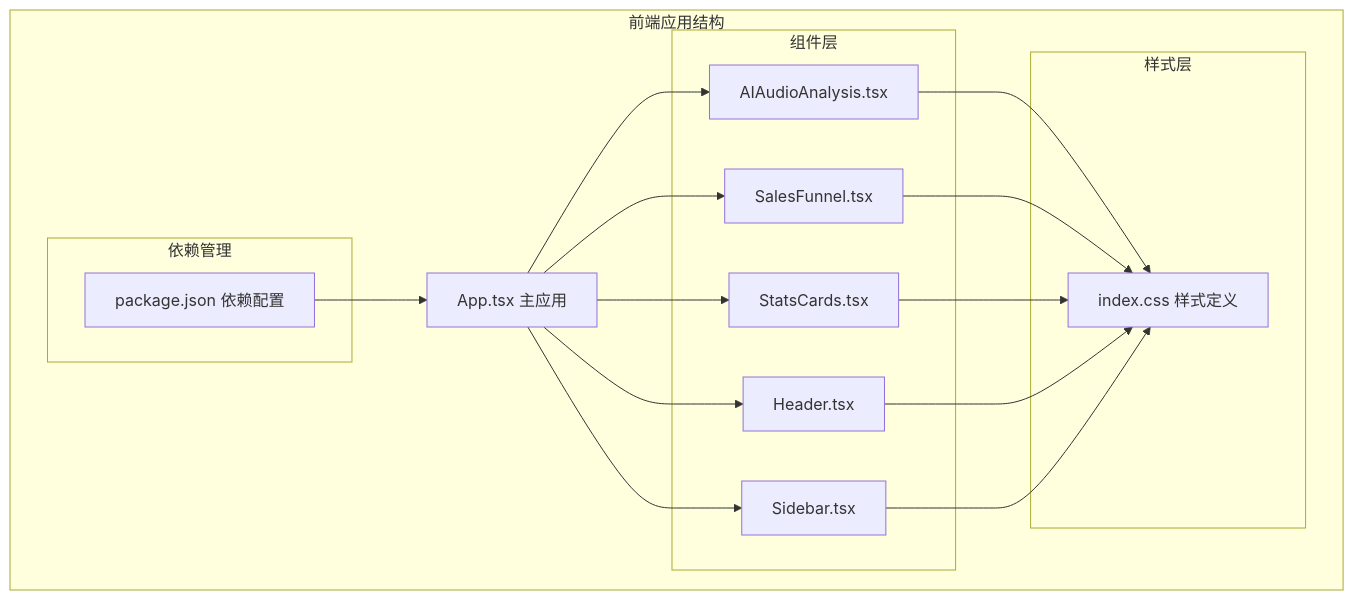
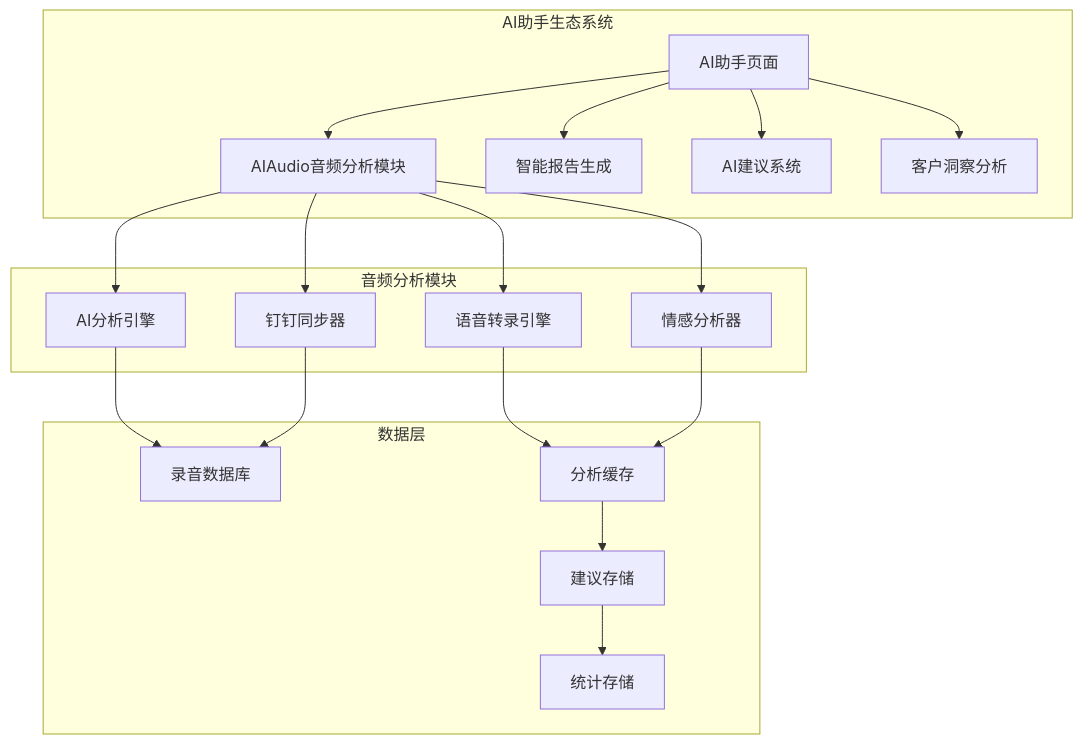
One commit to xianjianshenqu/SalesFlow-CRM changed the first of 10 diagrams in .qoder/repowiki/zh/content/核心组件/AI音频分析组件 (AIAudioAnalysis).md. Above: the diagram before and after it, drawn with Mermaid. The commit also changed other lines of this file and 36 other files, not shown here.

````diff
--- a/.qoder/repowiki/zh/content/核心组件/AI音频分析组件 (AIAudioAnalysis).md
+++ b/.qoder/repowiki/zh/content/核心组件/AI音频分析组件 (AIAudioAnalysis).md
@@ -41,30 +56,36 @@
 ```mermaid
 graph TB
-subgraph "前端应用结构"
-App[App.tsx 主应用]
-subgraph "组件层"
-AIAudio[AIAudioAnalysis.tsx]
-SalesFunnel[SalesFunnel.tsx]
-StatsCards[StatsCards.tsx]
-Header[Header.tsx]
-Sidebar[Sidebar.tsx]
+subgraph "AI助手生态系统"
+AIAssistant[AI助手页面]
+AIAudio[AIAudio音频分析模块]
+AIReports[智能报告生成]
+AISuggestions[AI建议系统]
+AIInsights[客户洞察分析]
 end
-subgraph "样式层"
-CSS[index.css 样式定义]
+subgraph "音频分析模块"
+AudioAnalyzer[AI分析引擎]
+DingTalkSync[钉钉同步器]
+TranscriptionEngine[语音转录引擎]
+SentimentAnalyzer[情感分析器]
 end
-subgraph "依赖管理"
-Package[package.json 依赖配置]
+subgraph "数据层"
+RecordingDB[录音数据库]
+AnalysisCache[分析缓存]
+SuggestionStore[建议存储]
+StatsStore[统计存储]
 end
-end
-App --> AIAudio
-App --> SalesFunnel
-App --> StatsCards
-App --> Header
-App --> Sidebar
-AIAudio --> CSS
-SalesFunnel --> CSS
-StatsCards --> CSS
-Header --> CSS
-Sidebar --> CSS
-Package --> App
+AIAssistant --> AIAudio
+AIAssistant --> AIReports
+AIAssistant --> AISuggestions
+AIAssistant --> AIInsights
+AIAudio --> AudioAnalyzer
+AIAudio --> DingTalkSync
+AIAudio --> TranscriptionEngine
+AIAudio --> SentimentAnalyzer
+AudioAnalyzer --> RecordingDB
+DingTalkSync --> RecordingDB
+TranscriptionEngine --> AnalysisCache
+SentimentAnalyzer --> AnalysisCache
+AnalysisCache --> SuggestionStore
+SuggestionStore --> StatsStore
 ```
````
